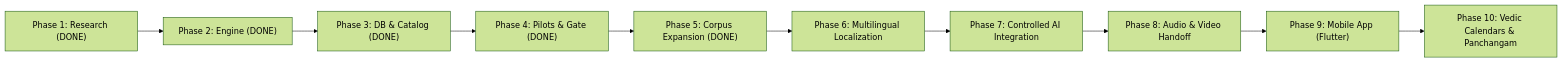
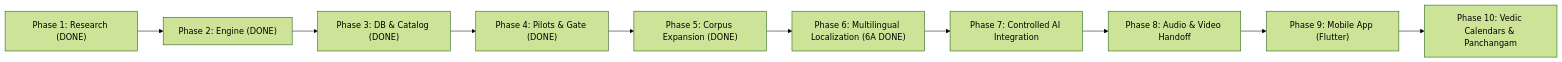
One commit to thegr8gv1/vedam changed the second of 2 diagrams in documentation/project_roadmap/MASTER_PLAN.md. Above: the diagram before and after it, drawn with Mermaid (forest theme). The commit also changed other lines of this file and 27 other files, not shown here.

Commit message:
Complete Phase 5 Batch 2 & Phase 6A Multilingual Foundation: reconciliation, Batch 2 ingestion (Venkateswara, Purusha, Durga), 22-language architecture, glossary, transliteration, 108 pilot translations, QA framework, 42 publications, and 113 passing tests

````diff
--- a/documentation/project_roadmap/MASTER_PLAN.md
+++ b/documentation/project_roadmap/MASTER_PLAN.md
@@ -63,12 +59,12 @@
 ```mermaid
 flowchart LR
     P1["Phase 1: Research (DONE)"] --> P2["Phase 2: Engine (DONE)"]
     P2 --> P3["Phase 3: DB & Catalog (DONE)"]
     P3 --> P4["Phase 4: Pilots & Gate (DONE)"]
     P4 --> P5["Phase 5: Corpus Expansion (DONE)"]
-    P5 --> P6["Phase 6: Multilingual Localization"]
+    P5 --> P6["Phase 6: Multilingual Localization (6A DONE)"]
     P6 --> P7["Phase 7: Controlled AI Integration"]
     P7 --> P8["Phase 8: Audio & Video Handoff"]
     P8 --> P9["Phase 9: Mobile App (Flutter)"]
     P9 --> P10["Phase 10: Vedic Calendars & Panchangam"]
 ```
````
